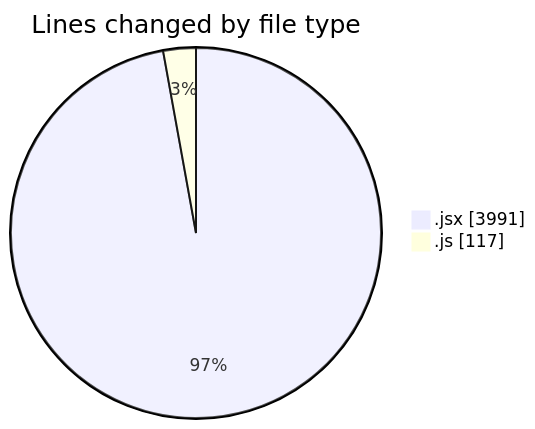
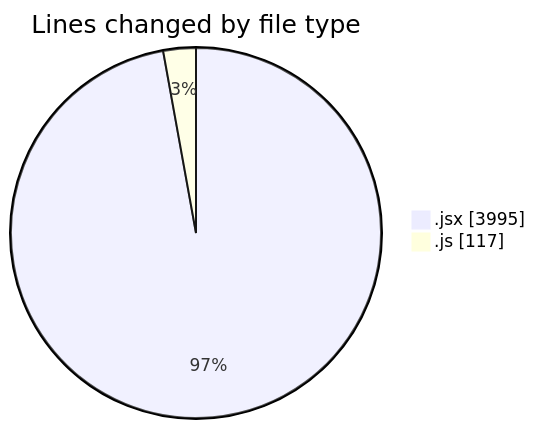
Before and after one commit to nxtqubesakshisongat/code-tracking: the first of 2 diagrams in 2026-01-12/nxtqube_webapp/README.md, drawn with Mermaid. The commit also changed other lines of this file and 1 other file, not shown here.

````diff
--- a/2026-01-12/nxtqube_webapp/README.md
+++ b/2026-01-12/nxtqube_webapp/README.md
@@ -28,6 +28,6 @@
 ```mermaid
 pie showData
 title Lines changed by file type
-".jsx" : 3991
+".jsx" : 3995
 ".js" : 117
 ```
````
